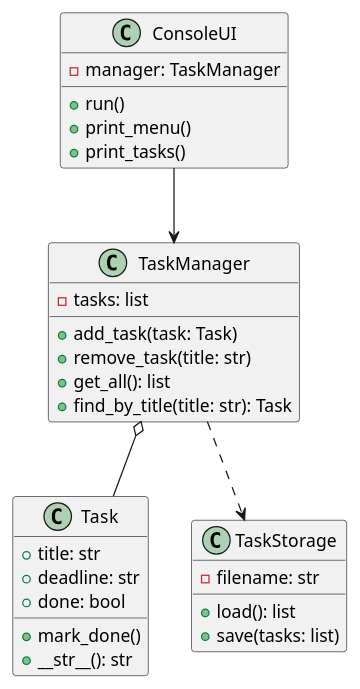
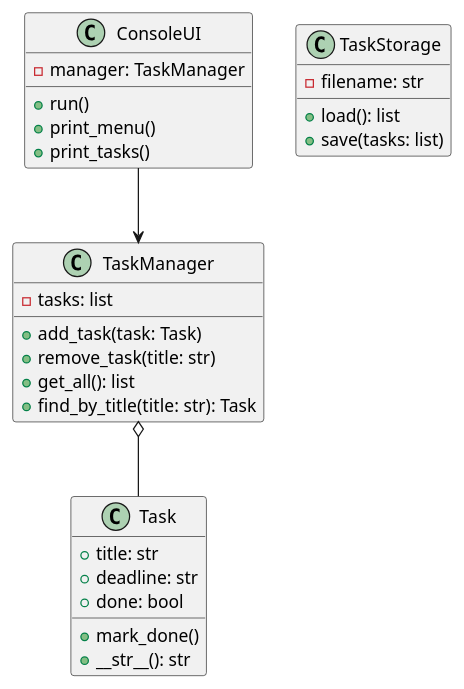
The diagram in docs/class_diagram.puml (elviraajdabekova74-sketch/todo-app), drawn with PlantUML before and after one commit. The commit also changed other lines of this file, not shown here.

Commit message:
Add Storage inheritance to class diagram

```diff
--- a/docs/class_diagram.puml
+++ b/docs/class_diagram.puml
@@ -1,30 +14,29 @@
 @startuml
 class Task {
 +title: str
 +deadline: str
 +done: bool
 +mark_done()
 +__str__(): str
 }
 class TaskManager {
 -tasks: list
 +add_task(task: Task)
 +remove_task(title: str)
 +get_all(): list
 +find_by_title(title: str): Task
 }
 class TaskStorage {
 -filename: str
 +load(): list
 +save(tasks: list)
 }
 class ConsoleUI {
 -manager: TaskManager
 +run()
 +print_menu()
 +print_tasks()
 }
 ConsoleUI --> TaskManager
 TaskManager o-- Task
-TaskManager ..> TaskStorage
 @enduml
```
